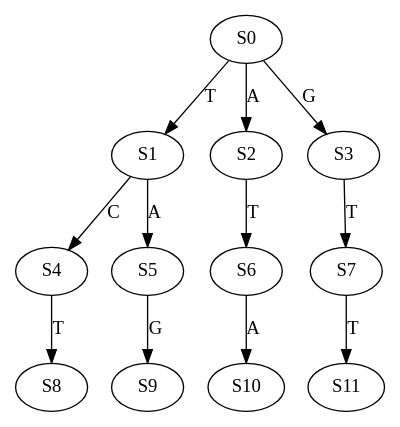
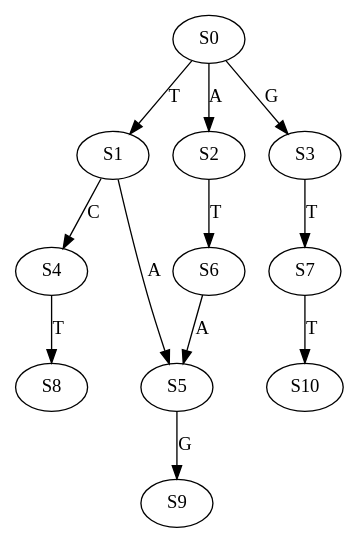
Before and after one commit to Kuanhao-Chao/Wheeler_Graph_Toolkit: the diagram in data/graph/GT_vs_WGT/DeBruijnG_DNA/Human_GGT6_orthologues_DNA_k_3_l_3_a_4.dot, drawn with Graphviz. The commit also changed 1989 other files, not shown here.

Commit message:
Add non-collapsed De Bruijn Graph

```diff
--- a/data/graph/GT_vs_WGT/DeBruijnG_DNA/Human_GGT6_orthologues_DNA_k_3_l_3_a_4.dot
+++ b/data/graph/GT_vs_WGT/DeBruijnG_DNA/Human_GGT6_orthologues_DNA_k_3_l_3_a_4.dot
@@ -1,13 +1,13 @@
 strict digraph  {
 	S0 -> S1 [ label = T ];
 	S0 -> S2 [ label = A ];
 	S0 -> S3 [ label = G ];
 	S1 -> S4 [ label = C ];
 	S1 -> S5 [ label = A ];
 	S2 -> S6 [ label = T ];
 	S3 -> S7 [ label = T ];
 	S4 -> S8 [ label = T ];
 	S5 -> S9 [ label = G ];
-	S6 -> S10 [ label = A ];
-	S7 -> S11 [ label = T ];
+	S6 -> S5 [ label = A ];
+	S7 -> S10 [ label = T ];
 }
```
